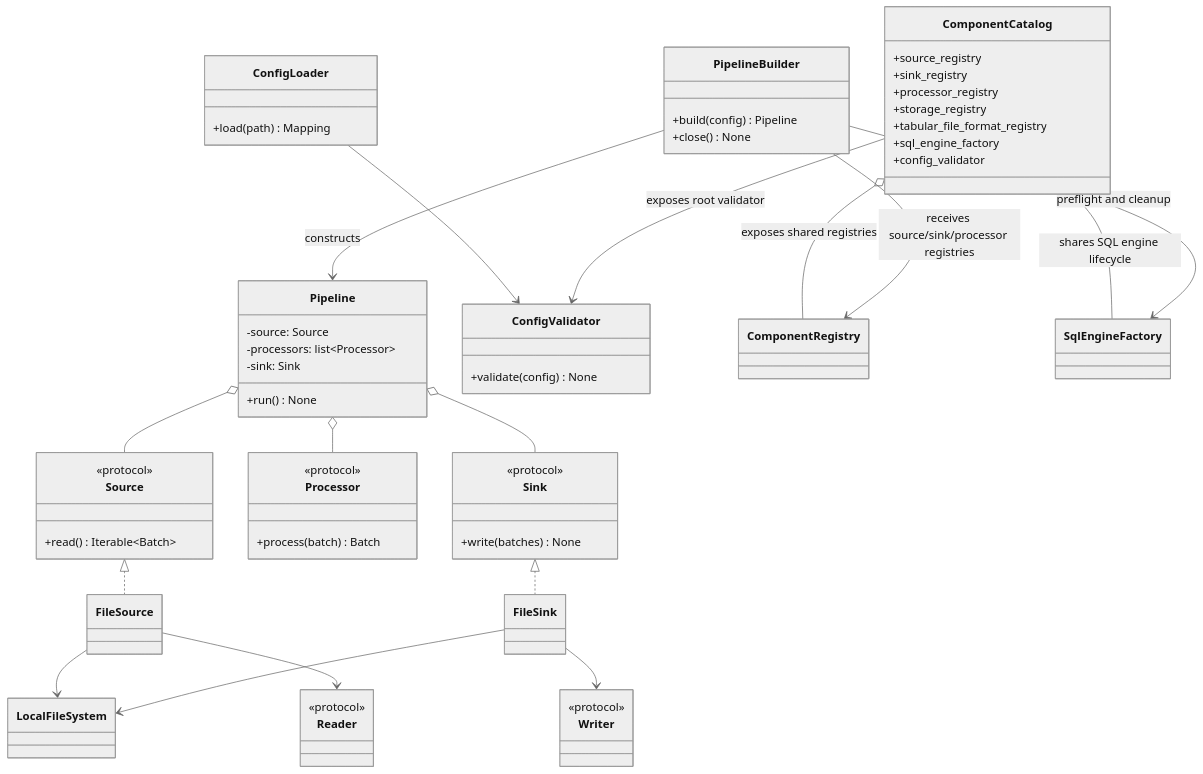
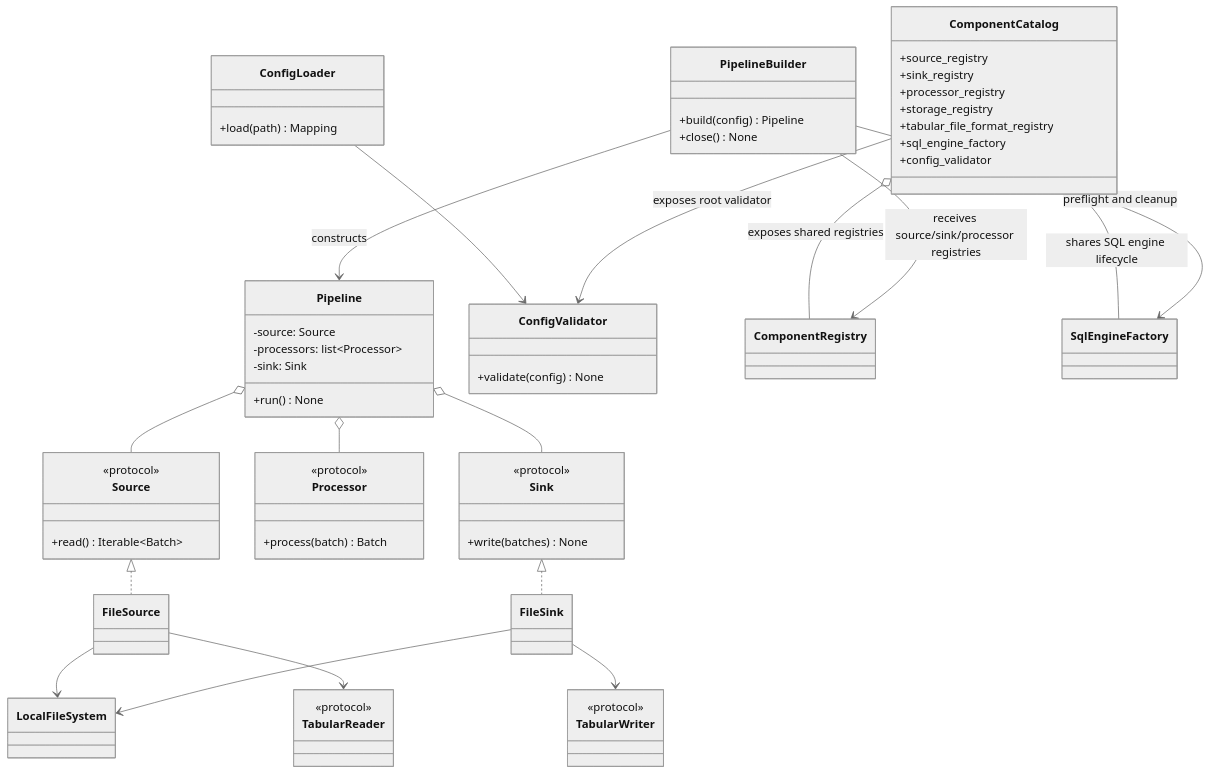
Before and after one commit to apaquette/ETLRelay: the second of 2 diagrams in docs/architecture/overview.md, drawn with Mermaid (neutral theme). The commit also changed other lines of this file and 20 other files, not shown here.

````diff
--- a/docs/architecture/overview.md
+++ b/docs/architecture/overview.md
@@ -93,70 +93,70 @@
 ```mermaid
 classDiagram
     direction TB
 
     class Source {
         <<protocol>>
         +read() Iterable~Batch~
     }
     class Processor {
         <<protocol>>
         +process(batch) Batch
     }
     class Sink {
         <<protocol>>
         +write(batches) None
     }
     class Pipeline {
         -source: Source
         -processors: list~Processor~
         -sink: Sink
         +run() None
     }
     class FileSource
     class FileSink
     class LocalFileSystem
-    class Reader {
+    class TabularReader {
         <<protocol>>
     }
-    class Writer {
+    class TabularWriter {
         <<protocol>>
     }
     class ConfigLoader {
         +load(path) Mapping
     }
     class ConfigValidator {
         +validate(config) None
     }
     class PipelineBuilder {
         +build(config) Pipeline
         +close() None
     }
     class ComponentCatalog {
         +source_registry
         +sink_registry
         +processor_registry
         +storage_registry
         +tabular_file_format_registry
         +sql_engine_factory
         +config_validator
     }
     class ComponentRegistry
     class SqlEngineFactory
 
     Source <|.. FileSource
     Sink <|.. FileSink
     Pipeline o-- Source
     Pipeline o-- Processor
     Pipeline o-- Sink
     FileSource --> LocalFileSystem
-    FileSource --> Reader
+    FileSource --> TabularReader
     FileSink --> LocalFileSystem
-    FileSink --> Writer
+    FileSink --> TabularWriter
     ConfigLoader --> ConfigValidator
     ComponentCatalog --> ConfigValidator : exposes root validator
     ComponentCatalog o-- ComponentRegistry : exposes shared registries
     ComponentCatalog o-- SqlEngineFactory : shares SQL engine lifecycle
     PipelineBuilder --> ComponentRegistry : receives source/sink/processor registries
     PipelineBuilder --> SqlEngineFactory : preflight and cleanup
     PipelineBuilder --> Pipeline : constructs
 ```
````
